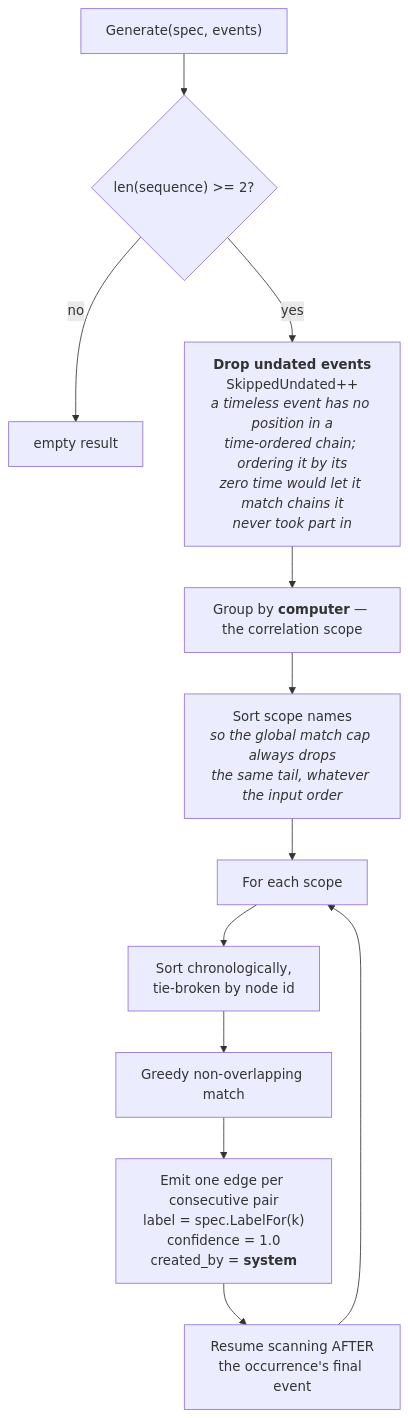
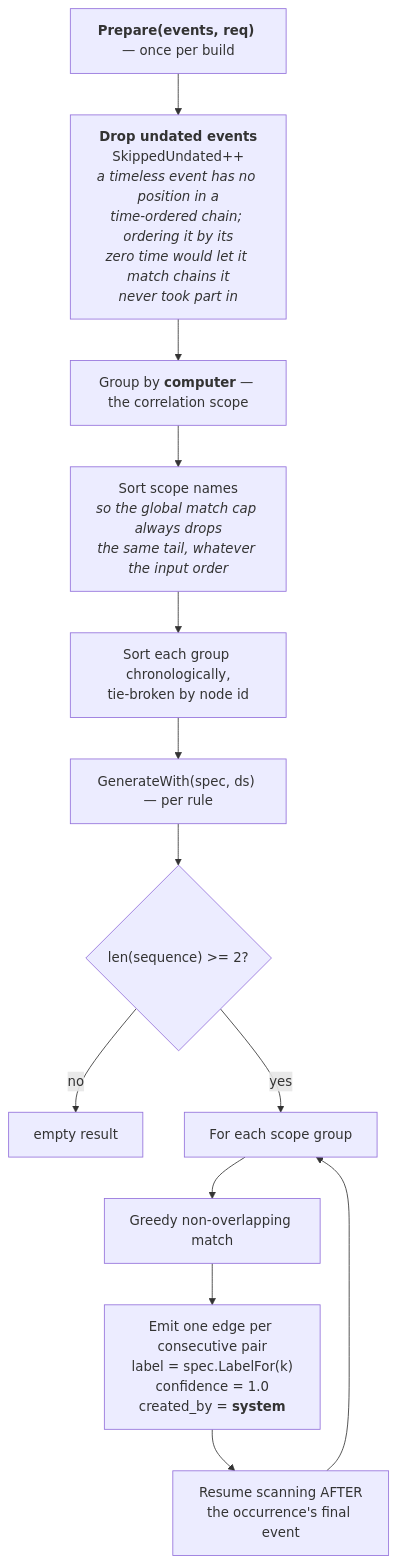
One commit to aoiflux/rohy changed diagram 15 of 22 in LLD.md. Above: the diagram before and after it, drawn with Mermaid. The commit also changed other lines of this file and 34 other files, not shown here.

````diff
--- a/LLD.md
+++ b/LLD.md
@@ -1204,15 +1226,16 @@
 ```mermaid
 flowchart TD
-    in["Generate(spec, events)"] --> guard{"len(sequence) >= 2?"}
-    guard -- no --> empty["empty result"]
-    guard -- yes --> undated["<b>Drop undated events</b><br/>SkippedUndated++<br/><i>a timeless event has no position in a<br/>time-ordered chain; ordering it by its<br/>zero time would let it match chains it<br/>never took part in</i>"]
-
+    prep["<b>Prepare(events, req)</b> — once per build"] --> undated["<b>Drop undated events</b><br/>SkippedUndated++<br/><i>a timeless event has no position in a<br/>time-ordered chain; ordering it by its<br/>zero time would let it match chains it<br/>never took part in</i>"]
     undated --> group["Group by <b>computer</b> — the correlation scope"]
     group --> sortsc["Sort scope names<br/><i>so the global match cap always drops<br/>the same tail, whatever the input order</i>"]
-    sortsc --> loop["For each scope"]
-    loop --> chron["Sort chronologically,<br/>tie-broken by node id"]
-    chron --> match["Greedy non-overlapping match"]
+    sortsc --> chron["Sort each group chronologically,<br/>tie-broken by node id"]
+
+    chron --> in["GenerateWith(spec, ds) — per rule"]
+    in --> guard{"len(sequence) >= 2?"}
+    guard -- no --> empty["empty result"]
+    guard -- yes --> loop["For each scope group"]
+    loop --> match["Greedy non-overlapping match"]
     match --> emit["Emit one edge per consecutive pair<br/>label = spec.LabelFor(k)<br/>confidence = 1.0<br/>created_by = <b>system</b>"]
     emit --> next["Resume scanning AFTER<br/>the occurrence's final event"]
     next --> loop
 ```
````
